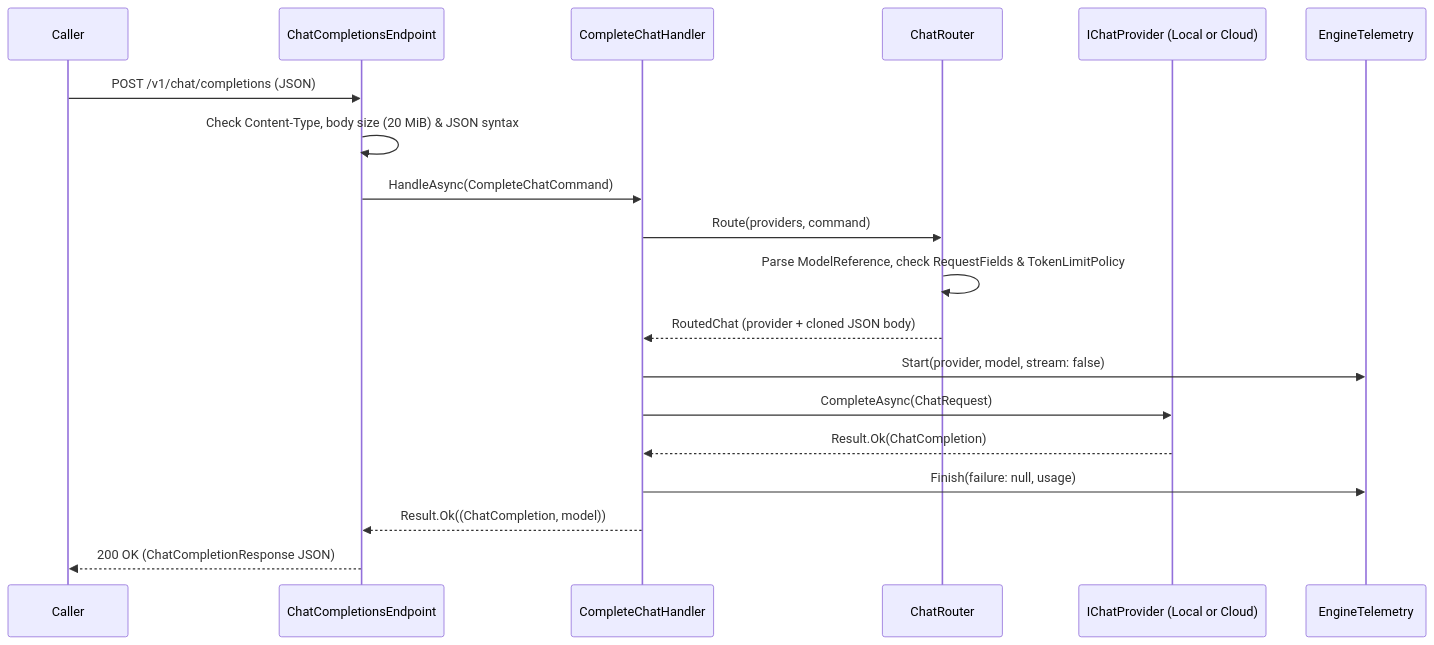
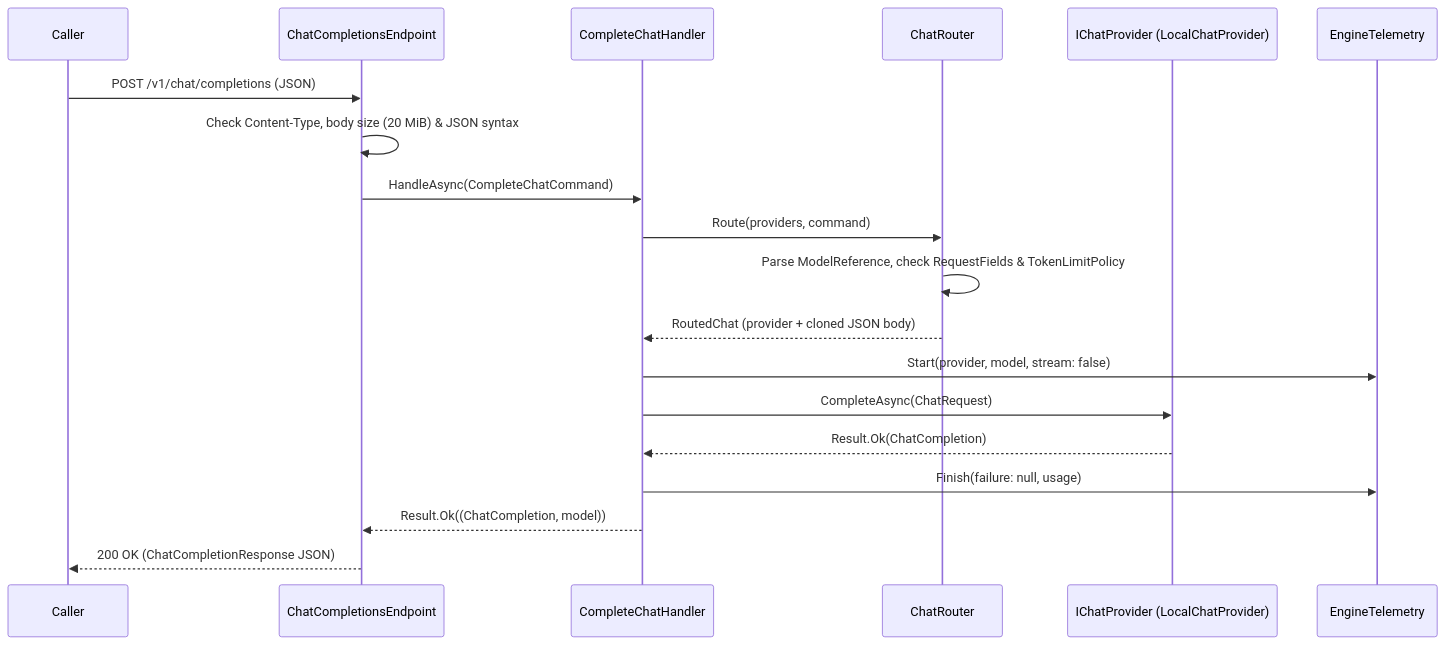
The seventh of 9 diagrams in docs/architecture.md (xatcap/xat-llm-engine), drawn with Mermaid before and after one commit. The commit also changed other lines of this file and 77 other files, not shown here.

````diff
--- a/docs/architecture.md
+++ b/docs/architecture.md
@@ -244,22 +258,22 @@
 ```mermaid
 sequenceDiagram
     participant Caller
     participant Endpoint as ChatCompletionsEndpoint
     participant Handler as CompleteChatHandler
     participant Router as ChatRouter
-    participant Provider as IChatProvider (Local or Cloud)
+    participant Provider as IChatProvider (LocalChatProvider)
     participant Telemetry as EngineTelemetry
 
     Caller->>Endpoint: POST /v1/chat/completions (JSON)
     Endpoint->>Endpoint: Check Content-Type, body size (20 MiB) & JSON syntax
     Endpoint->>Handler: HandleAsync(CompleteChatCommand)
     Handler->>Router: Route(providers, command)
     Router->>Router: Parse ModelReference, check RequestFields & TokenLimitPolicy
     Router-->>Handler: RoutedChat (provider + cloned JSON body)
     Handler->>Telemetry: Start(provider, model, stream: false)
     Handler->>Provider: CompleteAsync(ChatRequest)
     Provider-->>Handler: Result.Ok(ChatCompletion)
     Handler->>Telemetry: Finish(failure: null, usage)
     Handler-->>Endpoint: Result.Ok((ChatCompletion, model))
     Endpoint-->>Caller: 200 OK (ChatCompletionResponse JSON)
 ```
````
